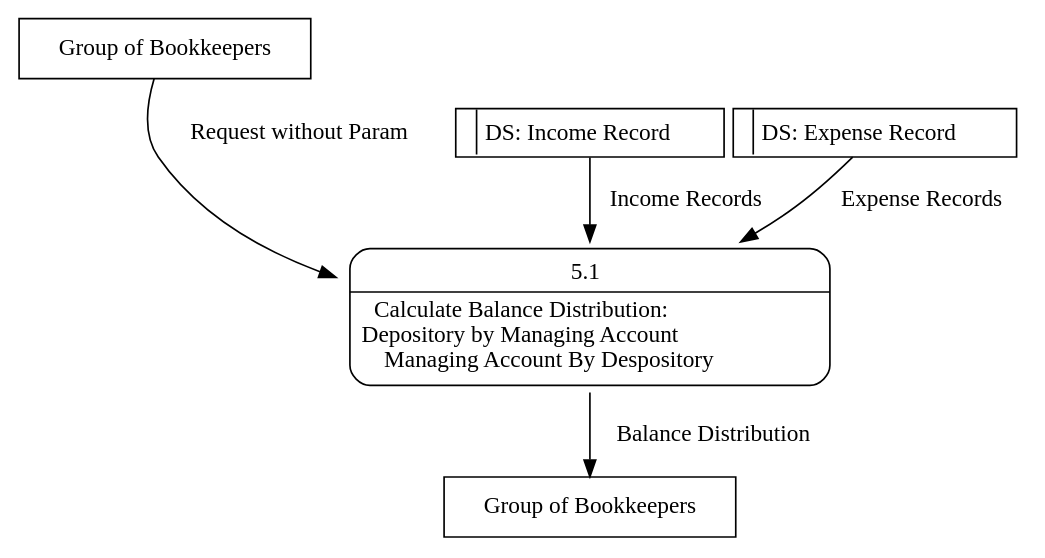
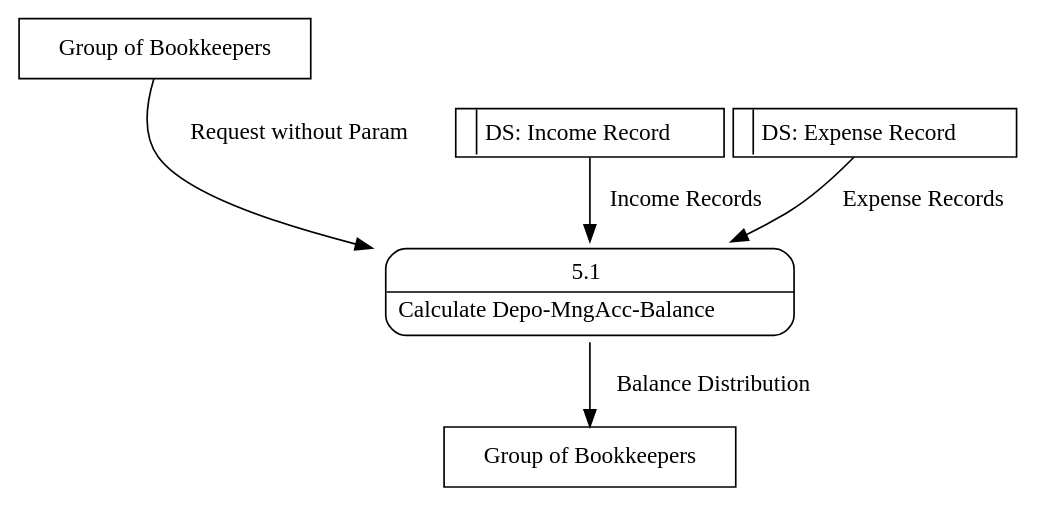
Diagram 12 of 12 in System_Analysis.md (raniantheone/Bookkeeping_Nodejs), drawn with Graphviz before and after one commit. The commit also changed other lines of this file and 1 other file, not shown here.

````diff
--- a/System_Analysis.md
+++ b/System_Analysis.md
@@ -693,52 +696,50 @@
 ```dot
 digraph digram_5{
 
   enti1input [label="Group of Bookkeepers" shape=box];
   enti1output [label="Group of Bookkeepers" shape=box];
   proc5_1 [label=<
     <table style="rounded" CELLBORDER="0" CELLSPACING="4">
       <tr>
         <td>5.1</td>
       </tr>
       <HR/>
       <tr>
-        <td>Calculate Balance Distribution:
-        <br/>Depository by Managing Account
-        <br/>Managing Account By Despository</td>
+        <td>Calculate Depo-MngAcc-Balance</td>
       </tr>
     </table>
     >,
     shape=none
   ];
   dsIncomeRecord [
     shape="plain",
     label=<
       <table CELLBORDER="0" CELLPADDING="4">
         <tr>
           <td></td>
           <vr/>
           <td>DS: Income Record</td>
         </tr>
       </table>
     >
   ];
   dsExpenseRecord [
     shape="plain",
     label=<
       <table CELLBORDER="0" CELLPADDING="4">
         <tr>
           <td></td>
           <vr/>
           <td>DS: Expense Record</td>
         </tr>
       </table>
     >
   ];
 
   { rank=source; enti1input;}
   enti1input -> proc5_1 [ label="Request without Param" ];
   dsIncomeRecord -> proc5_1 [ label="Income Records" ];
   dsExpenseRecord -> proc5_1 [ label="Expense Records" ];
   proc5_1 -> enti1output [ label="Balance Distribution" ];
 }
 ```
````
